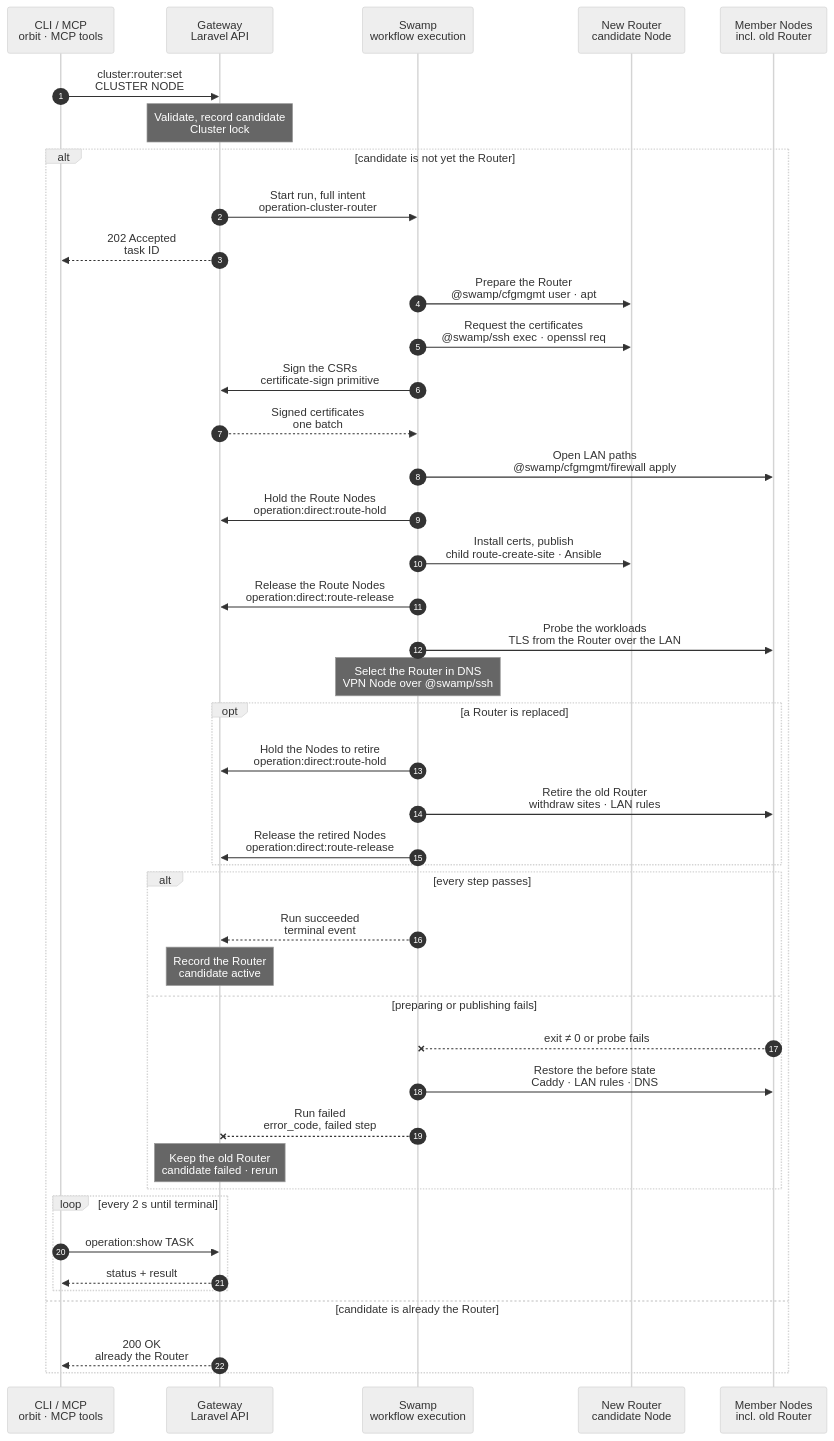
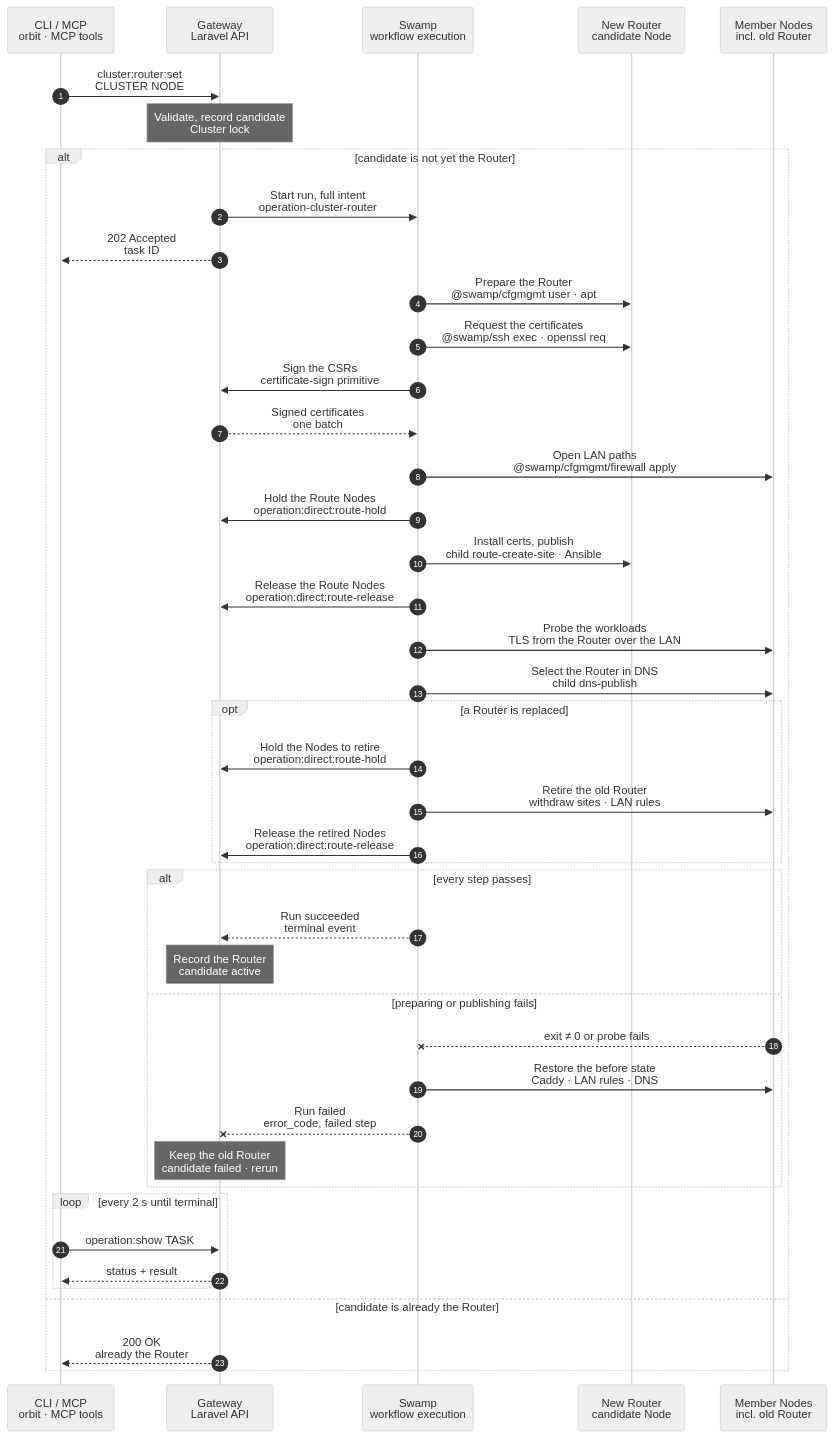
The diagram in docs/cli/cluster/router-set.mmd (hardimpactdev/orbit), drawn with Mermaid (neutral theme) before and after one commit. The commit also changed 13 other files, not shown here.

Commit message:
docs(dns): design Cluster router resolvers before VPN cutover

```diff
--- a/docs/cli/cluster/router-set.mmd
+++ b/docs/cli/cluster/router-set.mmd
@@ -1,160 +1,160 @@
 sequenceDiagram
   %% Decided by the orchestrator, for Nick's review (2026-11-06): only the Route-publish step of this run holds the Route-serving Nodes, for its seconds, through the Gateway's `route-hold` call; the rest of the run is not held (docs/reference/routes.md#coordinate-publication).
   %% Target design: ADR 0244 task, DECISIONS 1 (cert signing is the one step→Gateway call), R2-R4. docs/reference/native-cluster-router.md, docs/cli/cluster.mdx.
   %% Tightened: flow-tighten 2026-11-02, rules 17, 18, 22 (certificates installed in the publish step, as route:create does; cfgmgmt behaviors named).
   %% Decided by the orchestrator, for Nick's review (2026-11-06): the Node work of the site child is one Ansible phase (see route:create).
   %% status: draft
   %% command: cluster:router:set
   %% kind: cluster.router_set
   %% Pinned Caddy downloads follow admitted candidates; transport failures may try upstream, integrity failures stop.
   autonumber
   %% lane CLI icon=terminal pill=caller tone=gray
   %% lane GW icon=gateway pill=intent tone=blue
   %% lane SW icon=workflow pill=executes tone=green
   %% lane N icon=server pill=target tone=amber
   %% lane M icon=server pill=target tone=purple
   participant CLI as CLI / MCP<br/>orbit · MCP tools
   participant GW as Gateway<br/>Laravel API
   participant SW as Swamp<br/>workflow execution
   participant N as New Router<br/>candidate Node
   participant M as Member Nodes<br/>incl. old Router
   CLI->>GW: cluster:router:set<br/>CLUSTER NODE
   %%> Command:
   %%> - `orbit cluster:router:set CLUSTER NODE`
   %%> - syntax: `<cluster> <node> [--json]`
   %%> Input:
   %%> - the Cluster and the active member that becomes the Router
   %%> What it does:
-  %%> - makes the candidate the Cluster Router: members on the LAN reach Cluster Routes through it over HTTPS (Cluster DNS on the Router is not built yet)
+  %%> - makes the candidate the Cluster Router: members on the LAN reach Cluster Routes through its HTTPS and dedicated DNS services
   %%> - replaces the current Router, if any, without a gap
   Note over GW: Validate, record candidate<br/>Cluster lock
   %%> Requirements:
   %%> - the calling Node has an access grant to the candidate
   %%> - the candidate is an active member of the Cluster and a Linux Node with a valid account (`cluster.router_node_invalid`); a candidate without a LAN address is reached by its WireGuard address
   %%> - no other Router change runs for the Cluster; the Gateway waits up to 30 seconds, then refuses with `cluster.router_busy`
   %%> - no unfinished replacement from another Router change (`cluster.router_transition_conflict`)
   %%> Builds:
   %%> - the Router's Caddy sites for every Cluster Route, its certificate requests, and the LAN firewall rules
   %%> - the before and after state, so a failure can restore the before state
   %%> Result:
   %%> - the candidate's `router` assignment is recorded as pending; the old Router stays active
   %%> - a task is recorded with the full intent
   alt candidate is not yet the Router
     GW->>SW: Start run, full intent<br/>operation-cluster-router
     %%> What it does:
     %%> - starts one Swamp run
     %%> Inputs:
     %%> - the sites, certificate requests, LAN rules, and old Router assignments
     %%> - the addresses and SSH host keys of the candidate and every member; the SSH identity comes from the `swamp` role
     GW-->>CLI: 202 Accepted<br/>task ID
     %%> What you get:
     %%> - the task ID, at once
     %%> Next:
     %%> - the CLI follows the task with `operation:show`
     SW->>N: Prepare the Router<br/>@swamp/cfgmgmt user · apt
     %%> How:
     %%> - over SSH with `@swamp/ssh` and `@swamp/cfgmgmt` behaviors
     %%> What it does:
-    %%> - the `router` role setup: the managed account, the required packages and the pinned Caddy package
+    %%> - the `router` role setup: the managed account, required packages, pinned Caddy and the isolated Cluster dnsmasq unit; no selection yet
     %%> - an existing, matching install is left as it is
     SW->>N: Request the certificates<br/>@swamp/ssh exec · openssl req
     %%> What it does:
     %%> - makes a key and a CSR on the candidate for each Cluster Route domain that changed
     %%> - the private keys never leave the candidate
     SW->>GW: Sign the CSRs<br/>certificate-sign primitive
     %%> Why a call to the Gateway:
     %%> - certificate signing is the one allowed step→Gateway call; the Orbit CA stays in the Gateway
     GW-->>SW: Signed certificates<br/>one batch
     %%> Returns:
     %%> - the signed certificates; Swamp installs them on the candidate
     SW->>M: Open LAN paths<br/>@swamp/cfgmgmt/firewall apply
     %%> What it does:
     %%> - on the candidate: allows 443/tcp and 53/tcp+udp from each eligible member's LAN address
     %%> - on each workload member: allows the candidate's LAN address to its Route ports
     %%> - identical lines are left as they are
     %%> - one `forEach` over the members; it runs after the certificates are signed
     SW->>GW: Hold the Route Nodes<br/>operation:direct:route-hold
     %%> What it does:
     %%> - asks the Gateway for the hold of each Node that serves the Route's site, for the seconds of this step only, not the whole operation
     %%> - the Gateway reads the Nodes from the admitted intent; the call carries the run ID
     %%> - a Node that another Route write holds is waited for, up to 5 s per call and 2 minutes in all; then the step fails with `route_hold.busy` and the Route step does not run
     %%> - the hold has a 5-minute lease and ends with the Operation, so a lost run cannot keep a Node
     SW->>N: Install certs, publish<br/>child route-create-site · Ansible
     %%> What it does:
     %%> - installs the signed certificates next to their keys and writes the Router site list with `@swamp/cfgmgmt/file`, in one step as `route:create` does
     %%> - validates the full Router site list, then reloads the running Caddy; no restart
     SW->>GW: Release the Route Nodes<br/>operation:direct:route-release
     %%> What it does:
     %%> - gives the Nodes back as soon as the Route step ends, whatever its result; the Route writes that wait for them then start
     %%> - runs beside the next step, so it adds no time
     SW->>M: Probe the workloads<br/>TLS from the Router over the LAN
     %%> What it does:
     %%> - checks from the candidate that every Cluster Route's workload answers with a valid certificate
     %%> Why:
     %%> - the candidate only becomes the Router when it can serve every Route
-    Note over SW: Select the Router in DNS<br/>VPN Node over @swamp/ssh
+    SW->>M: Select the Router in DNS<br/>child dns-publish
     %%> What it does:
-    %%> - private DNS answers members' Cluster names with the candidate's LAN address, then waits the 31-second DNS grace
+    %%> - the shared publication checks the candidate LAN resolver and VPN projection, then persists and checks every eligible member's new policy before the 31-second DNS grace
     %%> How:
-    %%> - over SSH to the VPN Node, with the `swamp` role's key
+    %%> - one Ansible phase per DNS target, then the shared member phase; old Router cleanup is blocked if any member fails or remains offline
     opt a Router is replaced
       SW->>GW: Hold the Nodes to retire<br/>operation:direct:route-hold
       %%> What it does:
       %%> - asks the Gateway for the hold of each Node that serves the Route's site, for the seconds of this step only, not the whole operation
       %%> - the Gateway reads the Nodes from the admitted intent; the call carries the run ID
       %%> - a Node that another Route write holds is waited for, up to 5 s per call and 2 minutes in all; then the step fails with `route_hold.busy` and the Route step does not run
       %%> - the hold has a 5-minute lease and ends with the Operation, so a lost run cannot keep a Node
       SW->>M: Retire the old Router<br/>withdraw sites · LAN rules
       %%> When:
       %%> - only when the run replaces a Router, after the DNS grace
       %%> What it does:
-      %%> - removes the Router sites and certificates from the old Router and reloads its Caddy
+      %%> - the shared DNS child has retired the old resolver after member confirmation and grace; removes Router sites and certificates and reloads Caddy
       %%> - removes the LAN rules that only the old Router needed; it never removes WireGuard baseline rules
       %%> If it fails:
       %%> - the candidate stays the Router; the old assignment stays recorded as unfinished, and a rerun finishes it
       SW->>GW: Release the retired Nodes<br/>operation:direct:route-release
       %%> What it does:
       %%> - gives the Nodes back as soon as the Route step ends, whatever its result; the Route writes that wait for them then start
       %%> - runs beside the next step, so it adds no time
     end
     alt every step passes
       SW-->>GW: Run succeeded<br/>terminal event
       %%> How the Gateway learns it:
       %%> - its shared run reader sees the terminal event; Swamp never calls the Gateway
       Note over GW: Record the Router<br/>candidate active
       %%> Result:
       %%> - the candidate's `router` assignment becomes active; the old one is deleted
       %%> - the task succeeds
     else preparing or publishing fails
       M--xSW: exit ≠ 0 or probe fails
       %%> When:
       %%> - a setup, certificate, firewall or Caddy step fails, a workload probe fails, or the DNS selection fails
       SW->>M: Restore the before state<br/>Caddy · LAN rules · DNS
       %%> What it does:
-      %%> - puts back the captured Caddy, firewall and DNS state, so the old Router keeps serving
+      %%> - before member selection, restores the owned candidate changes; if selection partly applied, retains both Routers and their DNS access for retry or a fresh-revision rollback
       SW--xGW: Run failed<br/>error_code, failed step
       %%> The Gateway reads:
       %%> - which step failed, its error code, and whether the restore passed
       %%> - if the restore fails too, the candidate is marked failed, the old assignment stays active, and the result says so; `doctor` shows the drift
       Note over GW: Keep the old Router<br/>candidate failed · rerun
       %%> Result:
       %%> - the candidate's assignment is marked failed; the old Router stays active
       %%> - the task fails
       %%> On the Node:
       %%> - packages and Caddy on the candidate stay; that is harmless
       %%> Retry:
       %%> - run the same command again after fixing the cause
     end
     loop every 2 s until terminal
       CLI->>GW: operation:show TASK
       %%> What it does:
       %%> - asks for the task's status every 2 seconds until it has ended
       GW-->>CLI: status + result
       %%> Returns:
       %%> - the current status, and the result once the task has ended
     end
   else candidate is already the Router
     GW-->>CLI: 200 OK<br/>already the Router
     %%> Skipped:
     %%> - the candidate is the active Router and no replacement is pending, so nothing runs and the result reports `Skipped — already the Router (cluster.router_unchanged)`
   end
```
